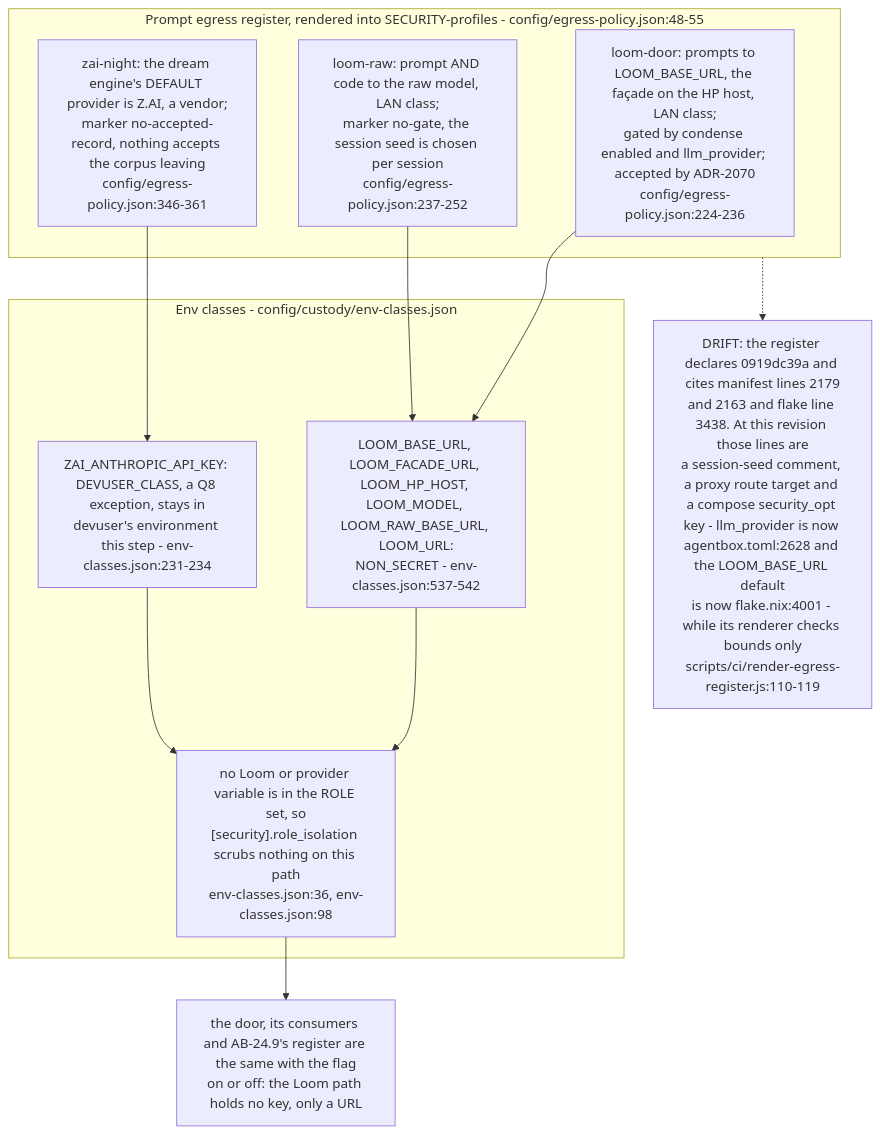
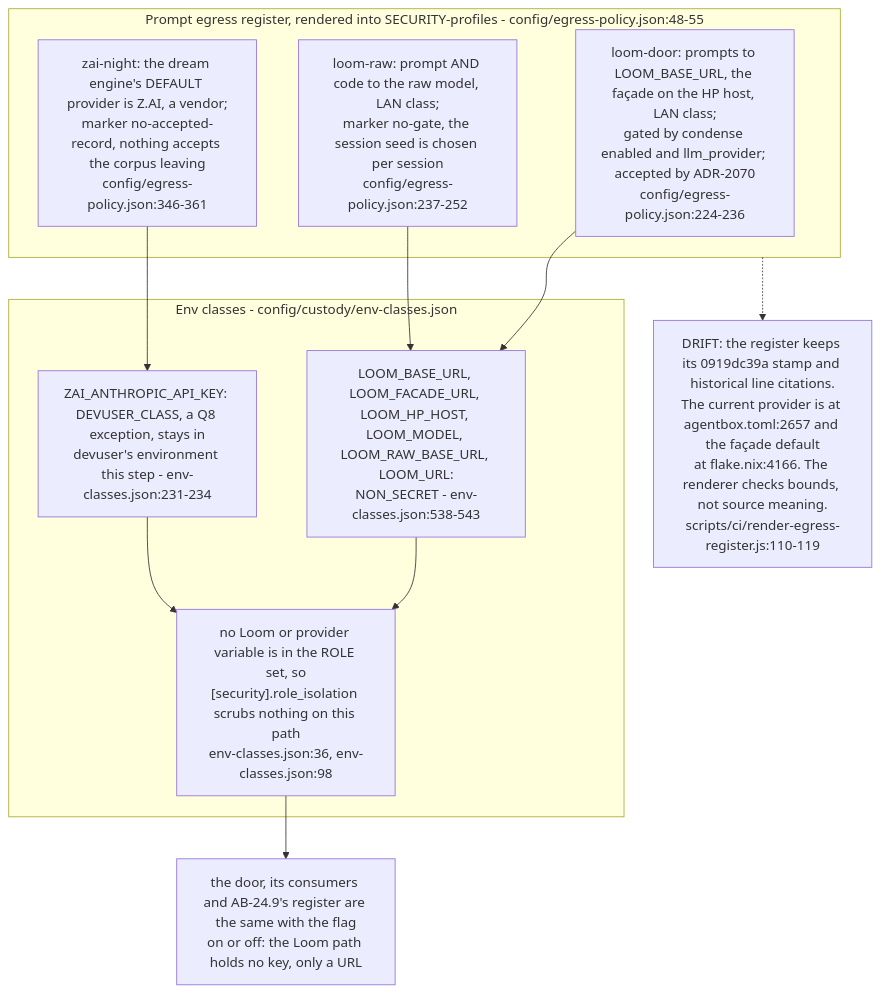
Before and after one commit to DreamLab-AI/VisionFlow: diagram 13 of 14 in docs/diagrams/agentbox/24-loom-facade.md, drawn with Mermaid. The commit also changed other lines of this file and 12 other files, not shown here.

````diff
--- a/docs/diagrams/agentbox/24-loom-facade.md
+++ b/docs/diagrams/agentbox/24-loom-facade.md
@@ -500,20 +500,20 @@
 ```mermaid
 flowchart TB
     subgraph reg["Prompt egress register, rendered into SECURITY-profiles - config/egress-policy.json:48-55"]
         R1["loom-door: prompts to LOOM_BASE_URL, the façade on the HP host, LAN class;<br/>gated by condense enabled and llm_provider; accepted by ADR-2070<br/>config/egress-policy.json:224-236"]
         R2["loom-raw: prompt AND code to the raw model, LAN class;<br/>marker no-gate, the session seed is chosen per session<br/>config/egress-policy.json:237-252"]
         R3["zai-night: the dream engine's DEFAULT provider is Z.AI, a vendor;<br/>marker no-accepted-record, nothing accepts the corpus leaving<br/>config/egress-policy.json:346-361"]
     end
     subgraph cls["Env classes - config/custody/env-classes.json"]
-        C1["LOOM_BASE_URL, LOOM_FACADE_URL, LOOM_HP_HOST, LOOM_MODEL, LOOM_RAW_BASE_URL, LOOM_URL:<br/>NON_SECRET - env-classes.json:537-542"]
+        C1["LOOM_BASE_URL, LOOM_FACADE_URL, LOOM_HP_HOST, LOOM_MODEL, LOOM_RAW_BASE_URL, LOOM_URL:<br/>NON_SECRET - env-classes.json:538-543"]
         C2["ZAI_ANTHROPIC_API_KEY: DEVUSER_CLASS, a Q8 exception, stays in<br/>devuser's environment this step - env-classes.json:231-234"]
         C3["no Loom or provider variable is in the ROLE set, so<br/>[security].role_isolation scrubs nothing on this path<br/>env-classes.json:36, env-classes.json:98"]
     end
     R1 --> C1
     R2 --> C1
     R3 --> C2
     C1 --> C3
     C2 --> C3
     C3 --> SAME["the door, its consumers and AB-24.9's register are the same with the flag<br/>on or off: the Loom path holds no key, only a URL"]
-    reg -.-> DR["DRIFT: the register declares 0919dc39a and cites manifest lines 2179<br/>and 2163 and flake line 3438. At this revision those lines are<br/>a session-seed comment, a proxy route target and a compose security_opt key - llm_provider is now agentbox.toml:2628 and the LOOM_BASE_URL default<br/>is now flake.nix:4001 - while its renderer checks bounds only<br/>scripts/ci/render-egress-register.js:110-119"]
+    reg -.-> DR["DRIFT: the register keeps its 0919dc39a stamp and historical line citations.<br/>The current provider is at agentbox.toml:2657 and the façade default<br/>at flake.nix:4166. The renderer checks bounds, not source meaning.<br/>scripts/ci/render-egress-register.js:110-119"]
 ```
````
